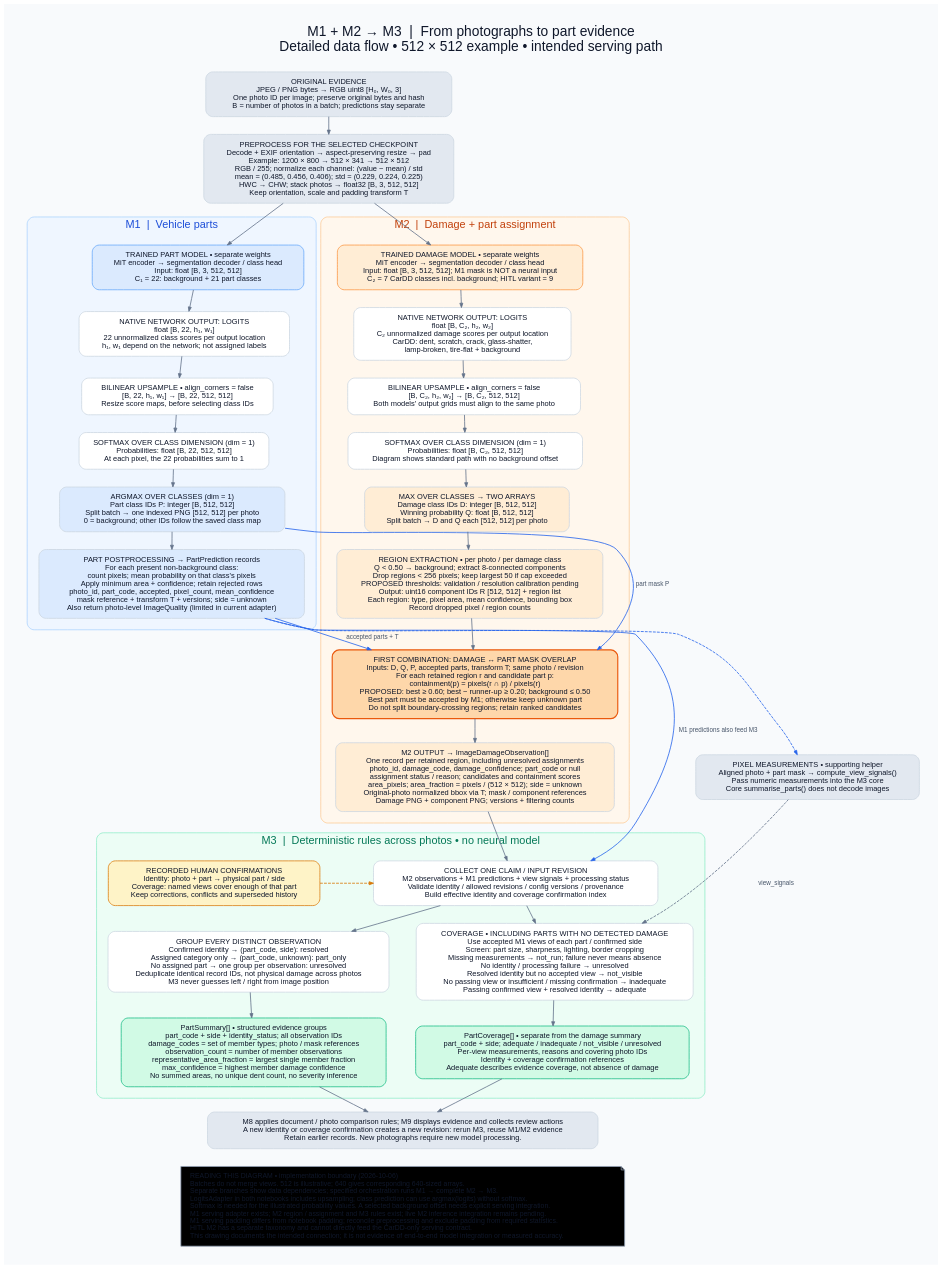
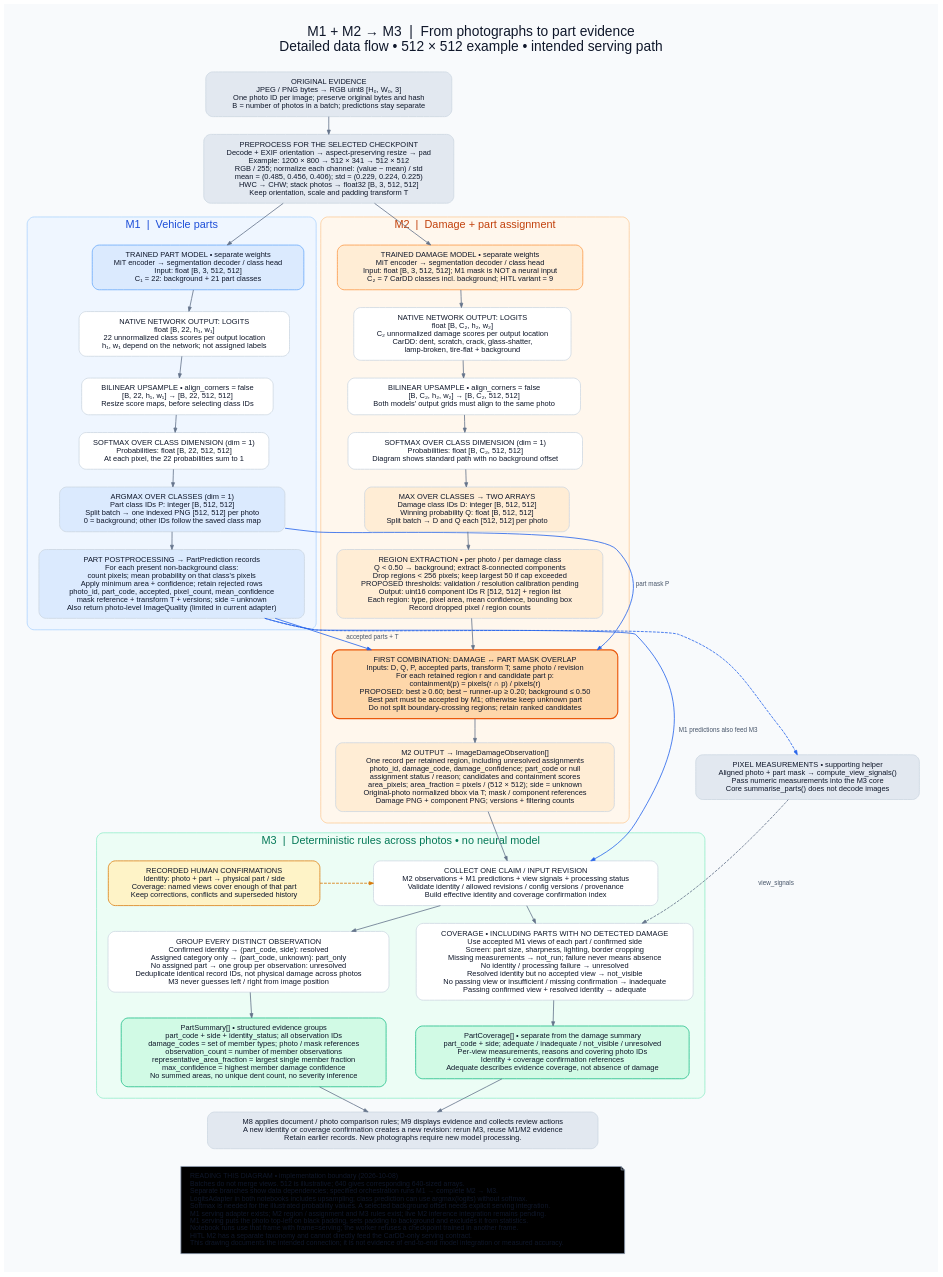
Before and after one commit to RodelFMiguel/CLAIM-CMEV: the diagram in docs/diagrams/vision-tensor-workflow.dot, drawn with Graphviz. The commit also changed 23 other files, not shown here.

```diff
--- a/docs/diagrams/vision-tensor-workflow.dot
+++ b/docs/diagrams/vision-tensor-workflow.dot
@@ -1,76 +1,76 @@
 digraph VisionWorkflow {
   graph [rankdir=TB, newrank=true, bgcolor="#F8FAFC", pad=0.45, nodesep=0.65, ranksep=0.42,
     fontname="Helvetica", fontsize=24, fontcolor="#0F172A", labelloc=t,
     label="M1 + M2 → M3  |  From photographs to part evidence\nDetailed data flow • 512 × 512 example • intended serving path\n "];
   node [shape=box, style="rounded,filled", fillcolor="white", color="#CBD5E1",
     fontname="Helvetica", fontsize=13, fontcolor="#0F172A", margin="0.22,0.15", penwidth=1.3];
   edge [color="#64748B", arrowsize=0.75, penwidth=1.4, fontname="Helvetica", fontsize=11, fontcolor="#475569"];
 
   raw [label="ORIGINAL EVIDENCE\nJPEG / PNG bytes → RGB uint8 [H₀, W₀, 3]\nOne photo ID per image; preserve original bytes and hash\nB = number of photos in a batch; predictions stay separate", fillcolor="#E2E8F0"];
   prep [label="PREPROCESS FOR THE SELECTED CHECKPOINT\nDecode + EXIF orientation → aspect-preserving resize → pad\nExample: 1200 × 800 → 512 × 341 → 512 × 512\nRGB / 255; normalize each channel: (value − mean) / std\nmean = (0.485, 0.456, 0.406); std = (0.229, 0.224, 0.225)\nHWC → CHW; stack photos → float32 [B, 3, 512, 512]\nKeep orientation, scale and padding transform T", fillcolor="#E2E8F0"];
   raw -> prep;
 
   subgraph cluster_m1 {
     label="M1  |  Vehicle parts"; fontsize=19; fontcolor="#1D4ED8";
     color="#93C5FD"; style="rounded,filled"; fillcolor="#EFF6FF"; margin=20;
     pnet [label="TRAINED PART MODEL • separate weights\nMiT encoder → segmentation decoder / class head\nInput: float [B, 3, 512, 512]\nC₁ = 22: background + 21 part classes", fillcolor="#DBEAFE", color="#60A5FA"];
     plog [label="NATIVE NETWORK OUTPUT: LOGITS\nfloat [B, 22, h₁, w₁]\n22 unnormalized class scores per output location\nh₁, w₁ depend on the network; not assigned labels"];
     pup [label="BILINEAR UPSAMPLE • align_corners = false\n[B, 22, h₁, w₁] → [B, 22, 512, 512]\nResize score maps, before selecting class IDs"];
     psoft [label="SOFTMAX OVER CLASS DIMENSION (dim = 1)\nProbabilities: float [B, 22, 512, 512]\nAt each pixel, the 22 probabilities sum to 1"];
     pmask [label="ARGMAX OVER CLASSES (dim = 1)\nPart class IDs P: integer [B, 512, 512]\nSplit batch → one indexed PNG [512, 512] per photo\n0 = background; other IDs follow the saved class map", fillcolor="#DBEAFE"];
     prec [label="PART POSTPROCESSING → PartPrediction records\nFor each present non-background class:\ncount pixels; mean probability on that class's pixels\nApply minimum area + confidence; retain rejected rows\nphoto_id, part_code, accepted, pixel_count, mean_confidence\nmask reference + transform T + versions; side = unknown\nAlso return photo-level ImageQuality (limited in current adapter)", fillcolor="#DBEAFE"];
     pnet -> plog -> pup -> psoft -> pmask -> prec;
   }
 
   subgraph cluster_m2 {
     label="M2  |  Damage + part assignment"; fontsize=19; fontcolor="#C2410C";
     color="#FDBA74"; style="rounded,filled"; fillcolor="#FFF7ED"; margin=20;
     dnet [label="TRAINED DAMAGE MODEL • separate weights\nMiT encoder → segmentation decoder / class head\nInput: float [B, 3, 512, 512]; M1 mask is NOT a neural input\nC₂ = 7 CarDD classes incl. background; HITL variant = 9", fillcolor="#FFEDD5", color="#FB923C"];
     dlog [label="NATIVE NETWORK OUTPUT: LOGITS\nfloat [B, C₂, h₂, w₂]\nC₂ unnormalized damage scores per output location\nCarDD: dent, scratch, crack, glass-shatter,\nlamp-broken, tire-flat + background"];
     dup [label="BILINEAR UPSAMPLE • align_corners = false\n[B, C₂, h₂, w₂] → [B, C₂, 512, 512]\nBoth models' output grids must align to the same photo"];
     dsoft [label="SOFTMAX OVER CLASS DIMENSION (dim = 1)\nProbabilities: float [B, C₂, 512, 512]\nDiagram shows standard path with no background offset"];
     dmask [label="MAX OVER CLASSES → TWO ARRAYS\nDamage class IDs D: integer [B, 512, 512]\nWinning probability Q: float [B, 512, 512]\nSplit batch → D and Q each [512, 512] per photo", fillcolor="#FFEDD5"];
     regions [label="REGION EXTRACTION • per photo / per damage class\nQ < 0.50 → background; extract 8-connected components\nDrop regions < 256 pixels; keep largest 50 if cap exceeded\nPROPOSED thresholds: validation / resolution calibration pending\nOutput: uint16 component IDs R [512, 512] + region list\nEach region: type, pixel area, mean confidence, bounding box\nRecord dropped pixel / region counts", fillcolor="#FFEDD5"];
     assign [label="FIRST COMBINATION: DAMAGE ↔ PART MASK OVERLAP\nInputs: D, Q, P, accepted parts, transform T; same photo / revision\nFor each retained region r and candidate part p:\ncontainment(p) = pixels(r ∩ p) / pixels(r)\nPROPOSED: best ≥ 0.60; best − runner-up ≥ 0.20; background ≤ 0.50\nBest part must be accepted by M1; otherwise keep unknown part\nDo not split boundary-crossing regions; retain ranked candidates", fillcolor="#FED7AA", color="#EA580C", penwidth=2];
     obs [label="M2 OUTPUT → ImageDamageObservation[]\nOne record per retained region, including unresolved assignments\nphoto_id, damage_code, damage_confidence; part_code or null\nassignment status / reason; candidates and containment scores\narea_pixels; area_fraction = pixels / (512 × 512); side = unknown\nOriginal-photo normalized bbox via T; mask / component references\nDamage PNG + component PNG; versions + filtering counts", fillcolor="#FFEDD5"];
     dnet -> dlog -> dup -> dsoft -> dmask -> regions -> assign -> obs;
   }
 
   prep -> pnet; prep -> dnet;
   { rank=same; pnet; dnet; }
   { rank=same; plog; dlog; }
   { rank=same; pup; dup; }
   { rank=same; psoft; dsoft; }
   { rank=same; pmask; dmask; }
   { rank=same; prec; regions; }
   pmask -> assign [color="#2563EB", label="part mask P", constraint=false];
   prec -> assign [color="#2563EB", label="accepted parts + T"];
 
   subgraph cluster_m3 {
     label="M3  |  Deterministic rules across photos • no neural model"; fontsize=19; fontcolor="#047857";
     color="#6EE7B7"; style="rounded,filled"; fillcolor="#ECFDF5"; margin=20;
     validate [label="COLLECT ONE CLAIM / INPUT REVISION\nM2 observations + M1 predictions + view signals + processing status\nValidate identity / allowed revisions / config versions / provenance\nBuild effective identity and coverage confirmation index"];
     human [label="RECORDED HUMAN CONFIRMATIONS\nIdentity: photo + part → physical part / side\nCoverage: named views cover enough of that part\nKeep corrections, conflicts and superseded history", fillcolor="#FEF3C7", color="#D97706"];
     group [label="GROUP EVERY DISTINCT OBSERVATION\nConfirmed identity → (part_code, side): resolved\nAssigned category only → (part_code, unknown): part_only\nNo assigned part → one group per observation: unresolved\nDeduplicate identical record IDs, not physical damage across photos\nM3 never guesses left / right from image position"];
     screen [label="COVERAGE • INCLUDING PARTS WITH NO DETECTED DAMAGE\nUse accepted M1 views of each part / confirmed side\nScreen: part size, sharpness, lighting, border cropping\nMissing measurements → not_run; failure never means absence\nNo identity / processing failure → unresolved\nResolved identity but no accepted view → not_visible\nNo passing view or insufficient / missing confirmation → inadequate\nPassing confirmed view + resolved identity → adequate"];
     summary [label="PartSummary[] • structured evidence groups\npart_code + side + identity_status; all observation IDs\ndamage_codes = set of member types; photo / mask references\nobservation_count = number of member observations\nrepresentative_area_fraction = largest single member fraction\nmax_confidence = highest member damage confidence\nNo summed areas, no unique dent count, no severity inference", fillcolor="#D1FAE5", color="#10B981"];
     coverage [label="PartCoverage[] • separate from the damage summary\npart_code + side; adequate / inadequate / not_visible / unresolved\nPer-view measurements, reasons and covering photo IDs\nIdentity + coverage confirmation references\nAdequate describes evidence coverage, not absence of damage", fillcolor="#D1FAE5", color="#10B981"];
     validate -> group; validate -> screen;
     human -> validate [style=dashed, color="#D97706"];
     group -> summary; screen -> coverage;
     { rank=same; validate; human; }
     { rank=same; group; screen; }
     { rank=same; summary; coverage; }
   }
   obs -> validate;
   prec -> validate [color="#2563EB", label="M1 predictions also feed M3", constraint=false];
   signals [label="PIXEL MEASUREMENTS • supporting helper\nAligned photo + part mask → compute_view_signals()\nPass numeric measurements into the M3 core\nCore summarise_parts() does not decode images", fillcolor="#E2E8F0"];
   prec -> signals [style=dashed, color="#2563EB", constraint=false];
   signals -> screen [label="view_signals", style=dashed];
   { rank=same; signals; obs; }
   downstream [label="M8 applies document / photo comparison rules; M9 displays evidence and collects review actions\nA new identity or coverage confirmation creates a new revision: rerun M3, reuse M1/M2 evidence\nRetain earlier records. New photographs require new model processing.", fillcolor="#E2E8F0"];
   summary -> downstream; coverage -> downstream;
   status [shape=note, fillcolor="#FFF", color="#94A3B8", fontsize=12,
-    label="READING THIS DIAGRAM • implementation boundary (2026-10-06)\lBatches do not merge views. 512 is illustrative; 640 gives corresponding 640-sized arrays.\lSeparate branches show data dependencies; specified orchestration runs M1 → complete M2 → M3.\lLogitsAdapter in both notebooks includes upsampling; class prediction can use argmax(logits) without softmax.\lSoftmax is needed for the illustrated probability values. A selected background offset needs explicit serving integration.\lM1 serving adapter exists; M2 region / assignment and M3 rules exist; live M2 inference integration remains pending.\lM1 serving padding differs from notebook padding; reconcile preprocessing and exclude padding from required statistics.\lHITL M2 has a separate taxonomy and cannot directly feed the CarDD-only serving contract.\lThis drawing documents the intended connection; it is not evidence of end-to-end model integration or measured accuracy.\l"];
+    label="READING THIS DIAGRAM • implementation boundary (2026-10-08)\lBatches do not merge views. 512 is illustrative; 640 gives corresponding 640-sized arrays.\lSeparate branches show data dependencies; specified orchestration runs M1 → complete M2 → M3.\lLogitsAdapter in both notebooks includes upsampling; class prediction can use argmax(logits) without softmax.\lSoftmax is needed for the illustrated probability values. A selected background offset needs explicit serving integration.\lM1 serving adapter exists; M2 region / assignment and M3 rules exist; live M2 inference integration remains pending.\lM1 serving puts the photo top-left on black padding, sets padding to background and excludes it from statistics.\lNotebook runs use that frame with frame=serving; the worker refuses a checkpoint trained in another frame.\lHITL M2 has a separate taxonomy and cannot directly feed the CarDD-only serving contract.\lThis drawing documents the intended connection; it is not evidence of end-to-end model integration or measured accuracy.\l"];
   downstream -> status [style=invis];
 }
```
